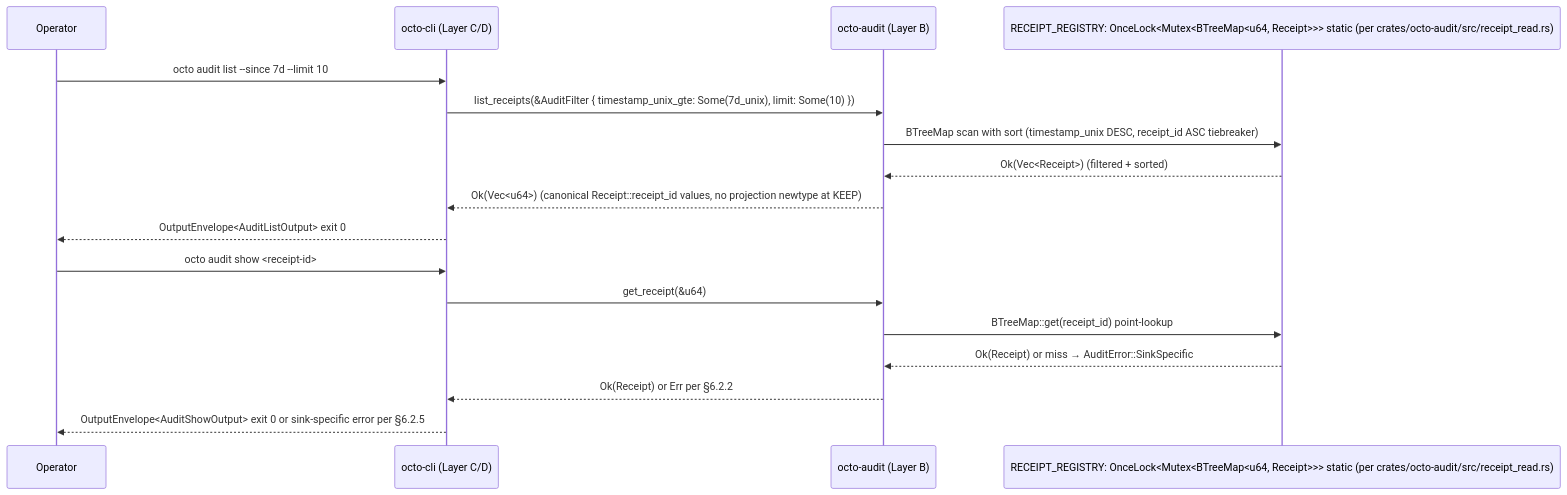
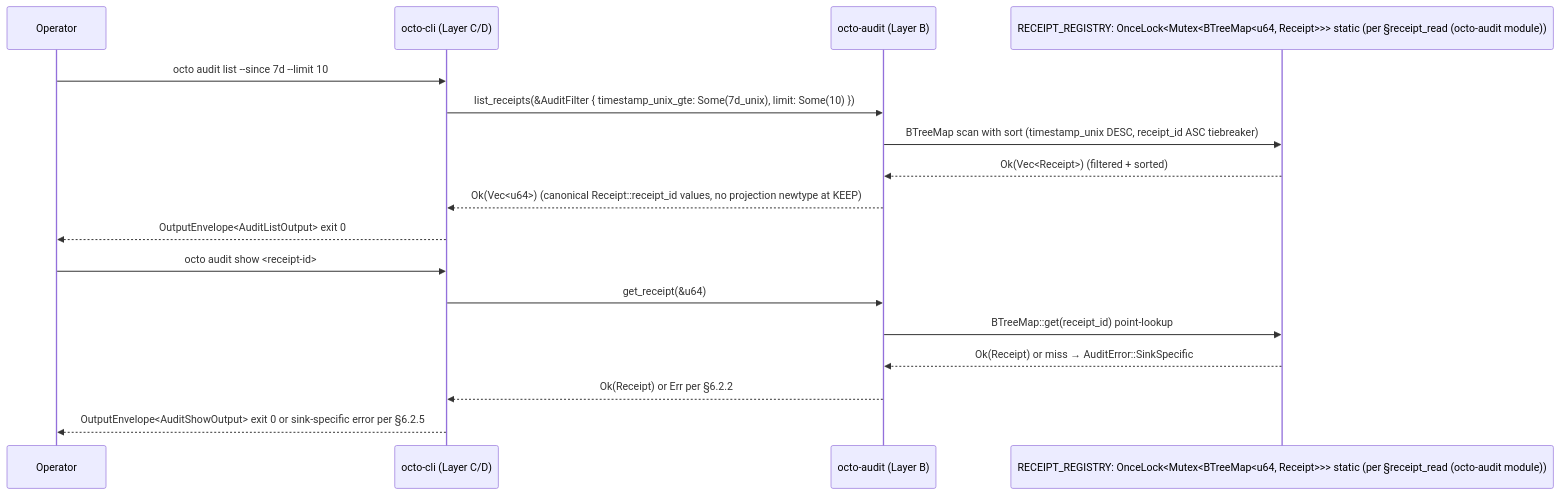
The diagram in rfcs/draft/process/0016-audit-receipt-api.md (CipherOcto/cipherocto), drawn with Mermaid before and after one commit. The commit also changed other lines of this file, not shown here.

````diff
--- a/rfcs/draft/process/0016-audit-receipt-api.md
+++ b/rfcs/draft/process/0016-audit-receipt-api.md
@@ -361,21 +361,21 @@
 ```mermaid
 sequenceDiagram
     participant Op as Operator
     participant CLI as octo-cli (Layer C/D)
     participant Aud as octo-audit (Layer B)
-    participant Reg as RECEIPT_REGISTRY: OnceLock<Mutex<BTreeMap<u64, Receipt>>> static (per crates/octo-audit/src/receipt_read.rs)
+    participant Reg as RECEIPT_REGISTRY: OnceLock<Mutex<BTreeMap<u64, Receipt>>> static (per §receipt_read (octo-audit module))
 
     Op->>CLI: octo audit list --since 7d --limit 10
     CLI->>Aud: list_receipts(&AuditFilter { timestamp_unix_gte: Some(7d_unix), limit: Some(10) })
     Aud->>Reg: BTreeMap scan with sort (timestamp_unix DESC, receipt_id ASC tiebreaker)
     Reg-->>Aud: Ok(Vec<Receipt>) (filtered + sorted)
     Aud-->>CLI: Ok(Vec<u64>) (canonical Receipt::receipt_id values, no projection newtype at KEEP)
     CLI-->>Op: OutputEnvelope<AuditListOutput> exit 0
 
     Op->>CLI: octo audit show <receipt-id>
     CLI->>Aud: get_receipt(&u64)
     Aud->>Reg: BTreeMap::get(receipt_id) point-lookup
     Reg-->>Aud: Ok(Receipt) or miss → AuditError::SinkSpecific
     Aud-->>CLI: Ok(Receipt) or Err per §6.2.2
     CLI-->>Op: OutputEnvelope<AuditShowOutput> exit 0 or sink-specific error per §6.2.5
 ```
````
